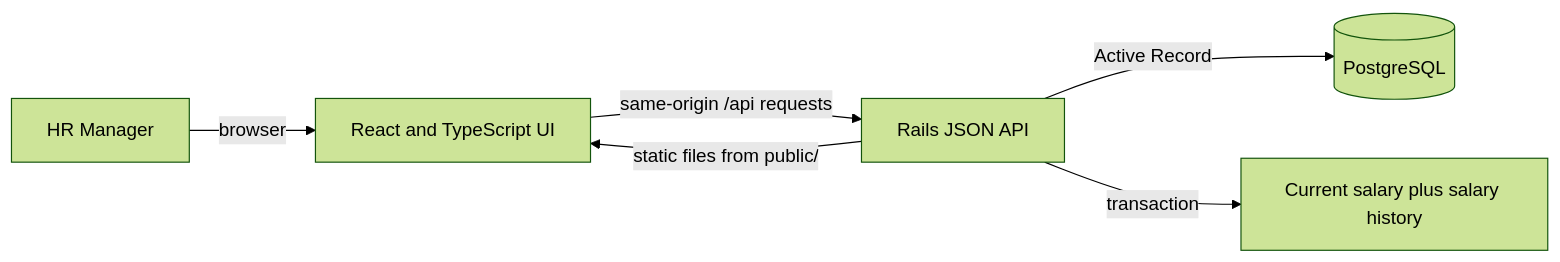
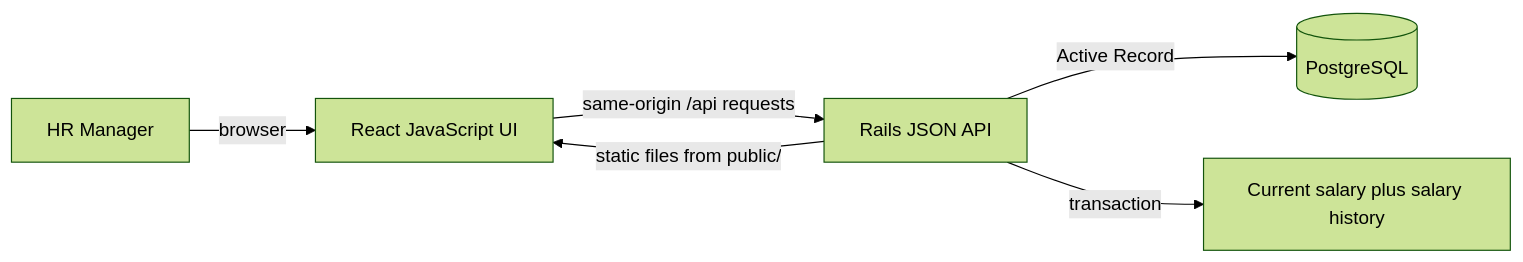
One commit to ronak-jain-star/acme-salary-management changed the diagram in docs/design.md. Above: the diagram before and after it, drawn with Mermaid (forest theme). The commit also changed 11 other files, not shown here.

First line of the commit message:
refactor: use plain React JavaScript for the UI

````diff
--- a/docs/design.md
+++ b/docs/design.md
@@ -5,8 +5,8 @@
 ```mermaid
 flowchart LR
-  HR[HR Manager] -->|browser| React[React and TypeScript UI]
+  HR[HR Manager] -->|browser| React[React JavaScript UI]
   React -->|same-origin /api requests| Rails[Rails JSON API]
   Rails -->|Active Record| PostgreSQL[(PostgreSQL)]
   Rails -->|static files from public/| React
   Rails -->|transaction| Salary[Current salary plus salary history]
 ```
````
